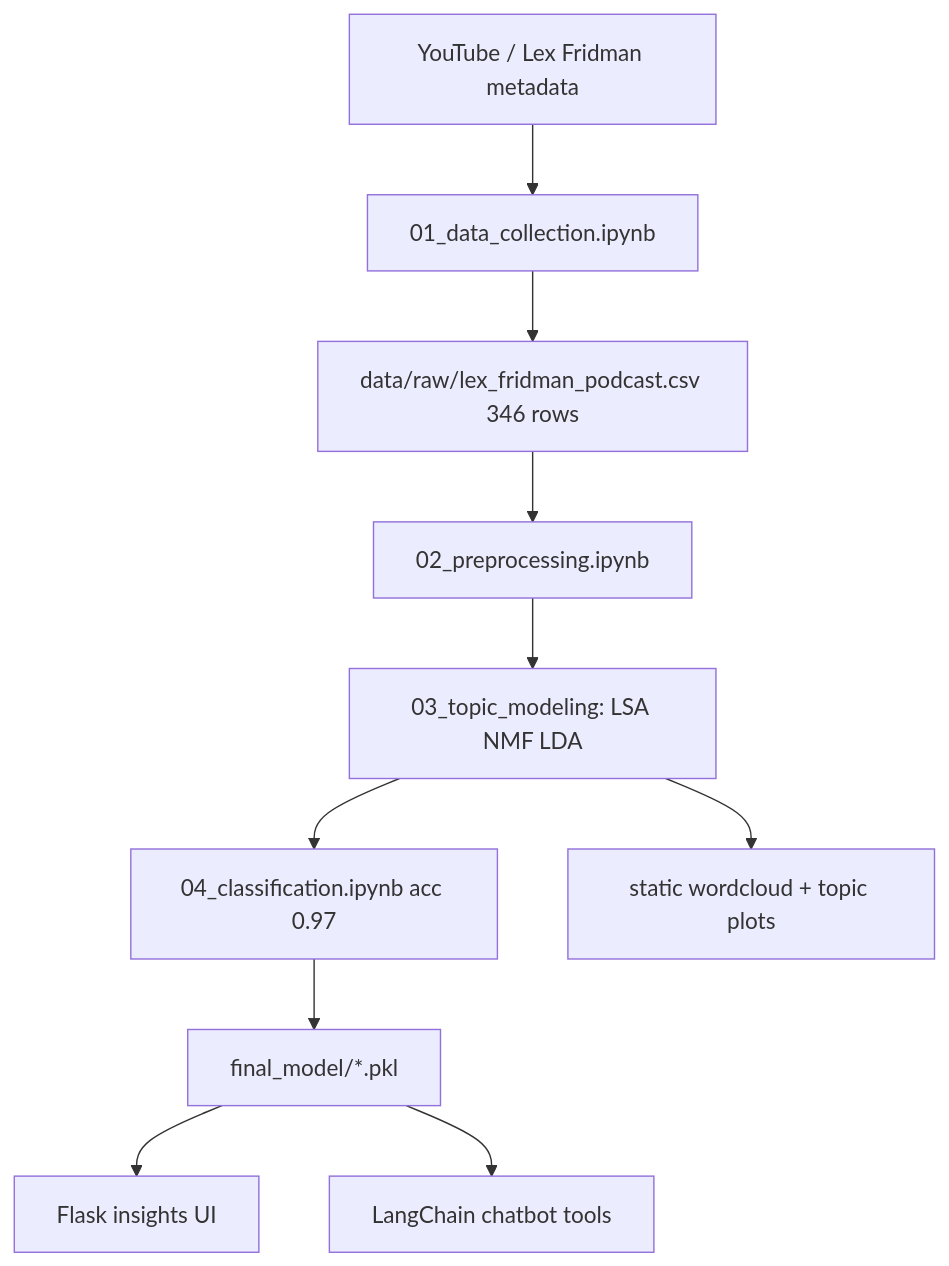
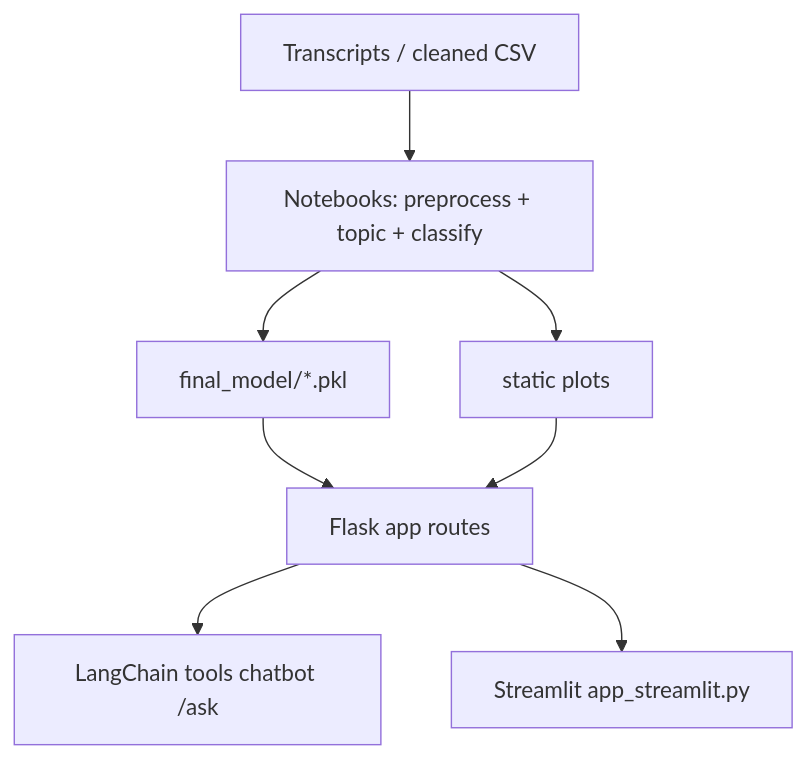
Before and after one commit to ArchanaChetan07/AI-Explains-What-They-Meant-An-Emotion-Insight-Mining-Framework-for-Podcasts: the first of 3 diagrams in README.md, drawn with Mermaid. The commit also changed other lines of this file, not shown here.

Commit message:
docs: FAANG-ready professional README with diagrams and verified metrics

````diff
--- a/README.md
+++ b/README.md
@@ -34,12 +28,10 @@
 ```mermaid
 flowchart TB
-    YT[YouTube / Lex Fridman metadata] --> COL[01_data_collection.ipynb]
-    COL --> RAW[data/raw/lex_fridman_podcast.csv 346 rows]
-    RAW --> PRE[02_preprocessing.ipynb]
-    PRE --> TOP[03_topic_modeling: LSA NMF LDA]
-    TOP --> CLS[04_classification.ipynb acc 0.97]
-    CLS --> PKL[final_model/*.pkl]
-    PKL --> FLASK[Flask insights UI]
-    PKL --> LC[LangChain chatbot tools]
-    TOP --> PLOTS[static wordcloud + topic plots]
+  T[Transcripts / cleaned CSV] --> N[Notebooks: preprocess + topic + classify]
+  N --> M[final_model/*.pkl]
+  N --> P[static plots]
+  M --> F[Flask app routes]
+  P --> F
+  F --> L[LangChain tools chatbot /ask]
+  F --> S[Streamlit app_streamlit.py]
 ```
````
